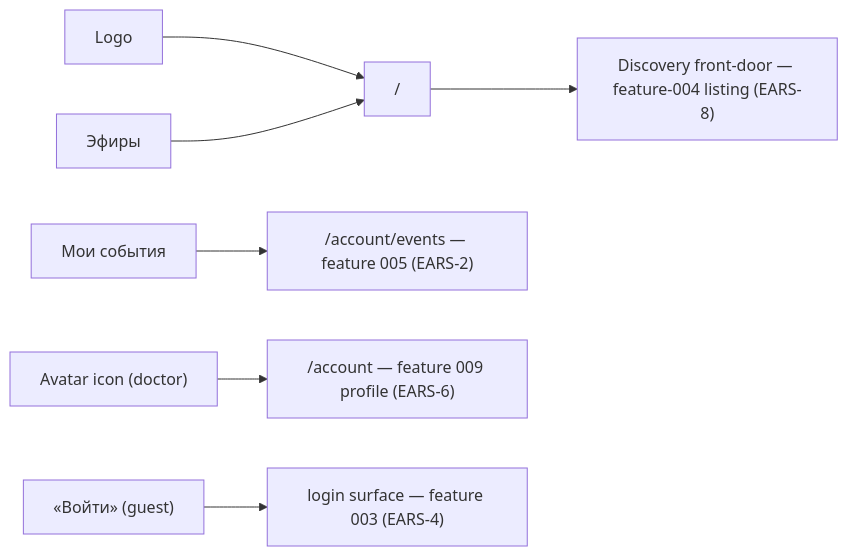
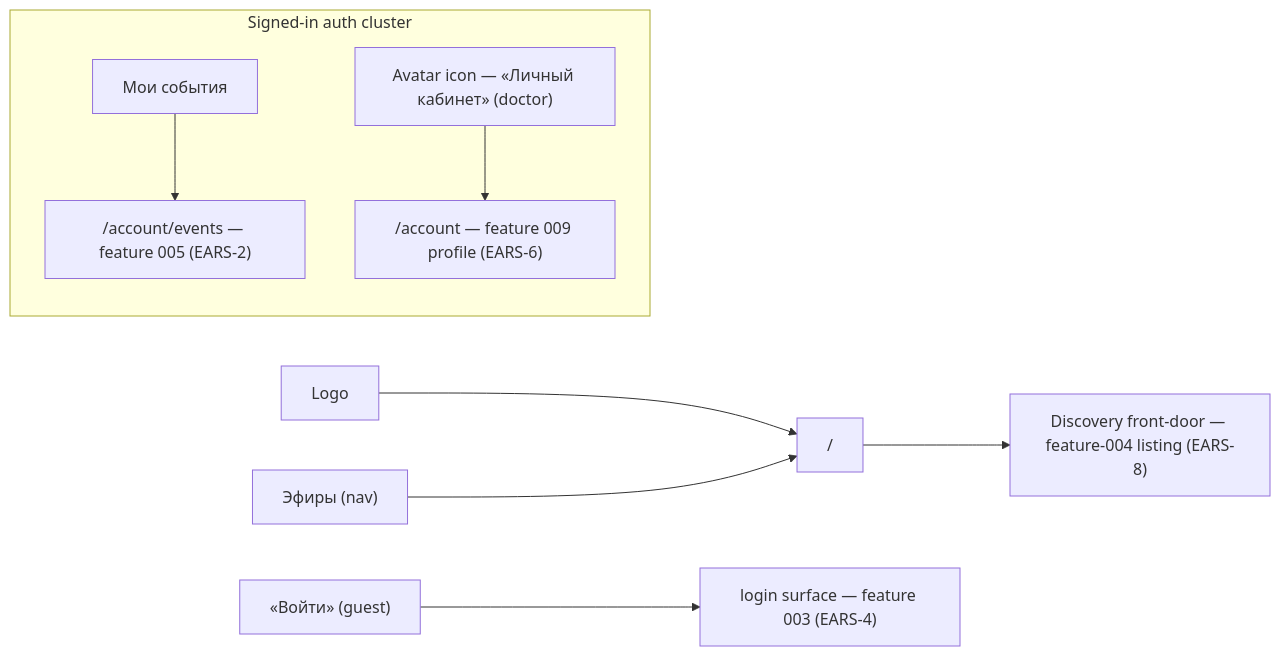
Before and after one commit to doctor-school/ds-platform: the second of 4 diagrams in apps/docs/content/specs/features/008-portal-shell/008-design.md, drawn with Mermaid. The commit also changed other lines of this file and 12 other files, not shown here.

````diff
--- a/apps/docs/content/specs/features/008-portal-shell/008-design.md
+++ b/apps/docs/content/specs/features/008-portal-shell/008-design.md
@@ -50,9 +54,11 @@
 ```mermaid
 flowchart LR
   LOGO["Logo"] --> ROOT["/"]
-  EFIRY["Эфиры"] --> ROOT
+  EFIRY["Эфиры (nav)"] --> ROOT
   ROOT --> DISC["Discovery front-door — feature-004 listing (EARS-8)"]
-  MYEV["Мои события"] --> EVENTS["/account/events — feature 005 (EARS-2)"]
-  AVATAR["Avatar icon (doctor)"] --> ACCOUNT["/account — feature 009 profile (EARS-6)"]
+  subgraph AUTHCLUSTER["Signed-in auth cluster"]
+    MYEV["Мои события"] --> EVENTS["/account/events — feature 005 (EARS-2)"]
+    AVATAR["Avatar icon — «Личный кабинет» (doctor)"] --> ACCOUNT["/account — feature 009 profile (EARS-6)"]
+  end
   LOGIN["«Войти» (guest)"] --> AUTH["login surface — feature 003 (EARS-4)"]
 ```
````
